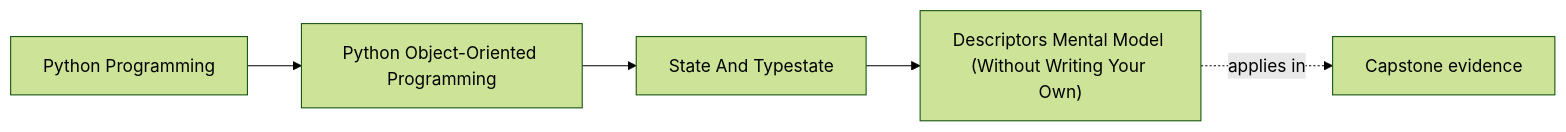
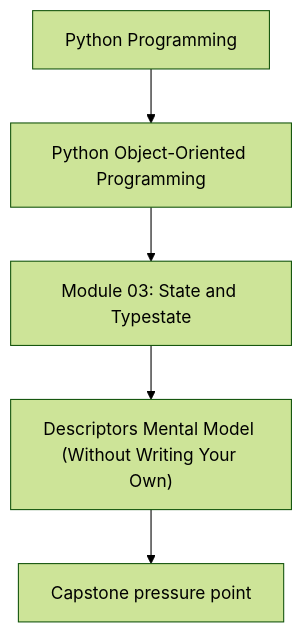
Before and after one commit to bijux/bijux-masterclass: the first of 2 diagrams in programs/python-programming/python-object-oriented-programming/course-book/module-03-state-and-typestate/descriptor-mental-model.md, drawn with Mermaid (forest theme). The commit also changed other lines of this file and 107 other files, not shown here.

Commit message:
docs(python-object-oriented-programming): align concept page diagrams

````diff
--- a/programs/python-programming/python-object-oriented-programming/course-book/module-03-state-and-typestate/descriptor-mental-model.md
+++ b/programs/python-programming/python-object-oriented-programming/course-book/module-03-state-and-typestate/descriptor-mental-model.md
@@ -7,11 +7,7 @@
 ```mermaid
-graph LR
-  family["Python Programming"]
-  program["Python Object-Oriented Programming"]
-  section["State And Typestate"]
-  page["Descriptors Mental Model (Without Writing Your Own)"]
-  capstone["Capstone evidence"]
-
-  family --> program --> section --> page
-  page -.applies in.-> capstone
+flowchart TD
+  family["Python Programming"] --> program["Python Object-Oriented Programming"]
+  program --> module["Module 03: State and Typestate"]
+  module --> concept["Descriptors Mental Model (Without Writing Your Own)"]
+  concept --> capstone["Capstone pressure point"]
 ```
````
